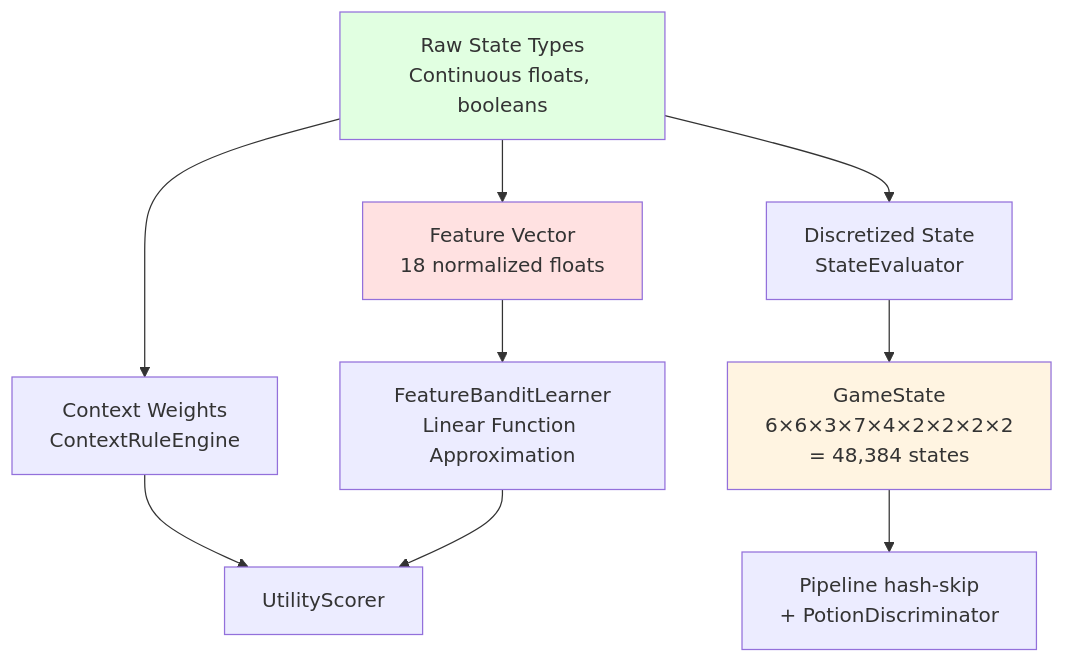
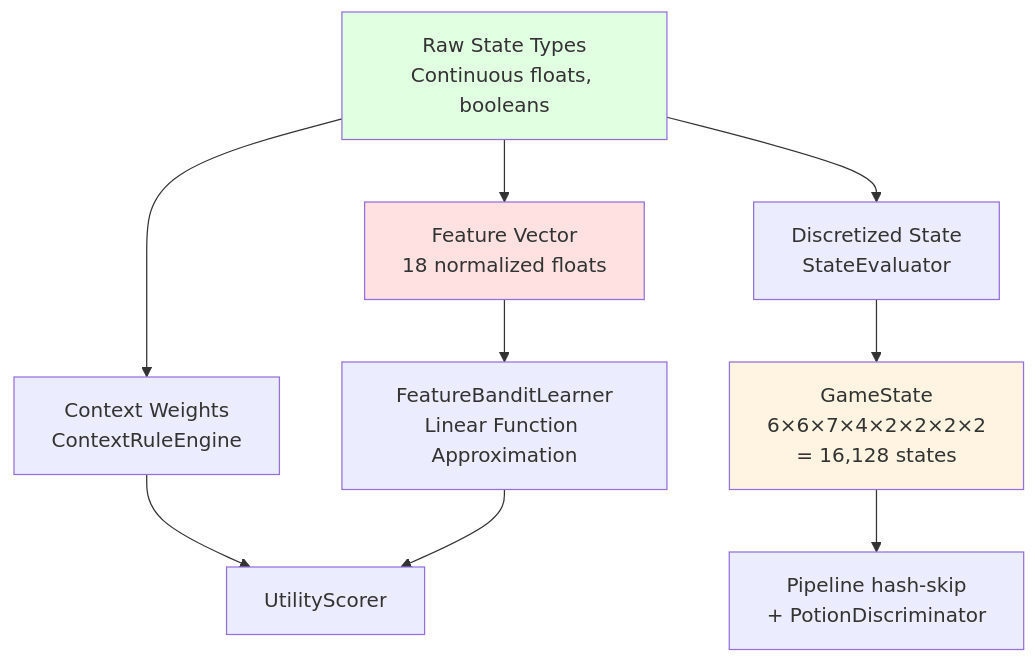
Before and after one commit to LandingCrew/huginn: diagram 11 of 13 in docs/architecture/1-states.md, drawn with Mermaid. The commit also changed other lines of this file and 24 other files, not shown here.

````diff
--- a/docs/architecture/1-states.md
+++ b/docs/architecture/1-states.md
@@ -982,18 +982,18 @@
 ```mermaid
 graph TB
     Raw[Raw State Types<br/>Continuous floats, booleans] --> CW[Context Weights<br/>ContextRuleEngine]
     Raw --> Disc[Discretized State<br/>StateEvaluator]
 
-    Disc --> GS["GameState<br/>6×6×3×7×4×2×2×2×2<br/>= 48,384 states"]
+    Disc --> GS["GameState<br/>6×6×7×4×2×2×2×2<br/>= 16,128 states"]
     GS --> Skip[Pipeline hash-skip<br/>+ PotionDiscriminator]
 
     Raw --> FV[Feature Vector<br/>18 normalized floats]
     FV --> BL[FeatureBanditLearner<br/>Linear Function Approximation]
 
     CW --> Scorer[UtilityScorer]
     BL --> Scorer
 
     style Raw fill:#e1ffe1
     style GS fill:#fff4e1
     style FV fill:#ffe1e1
 ```
````
